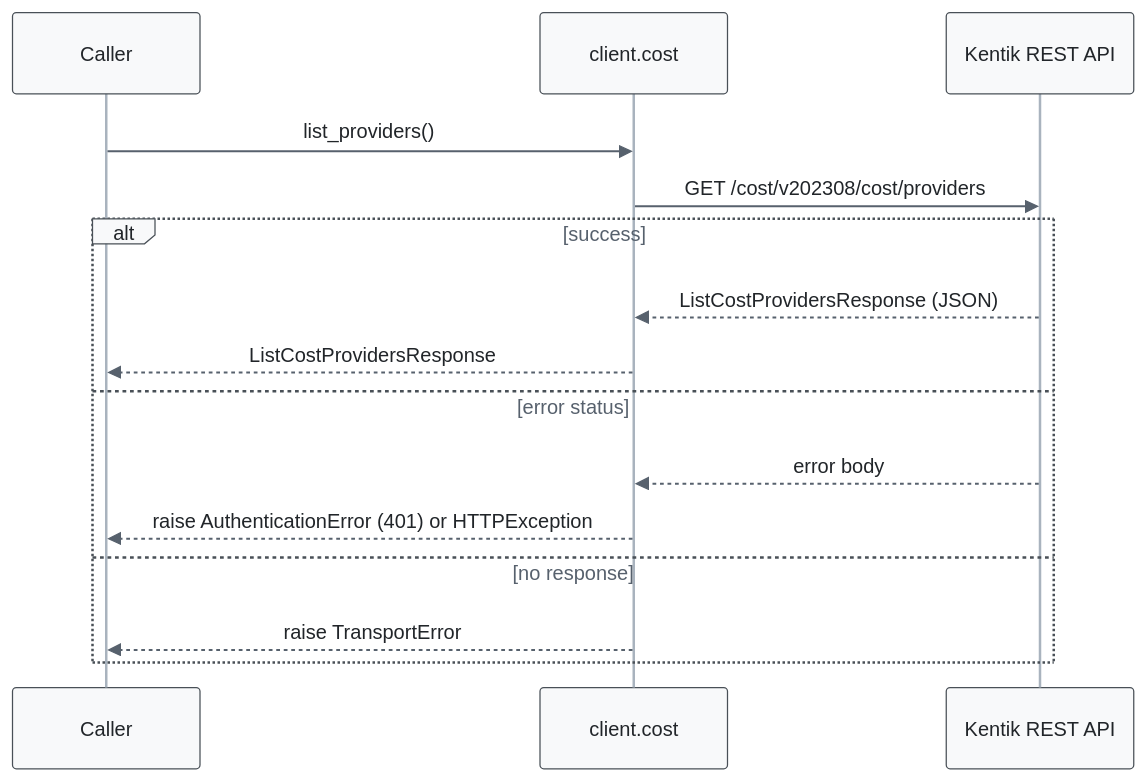
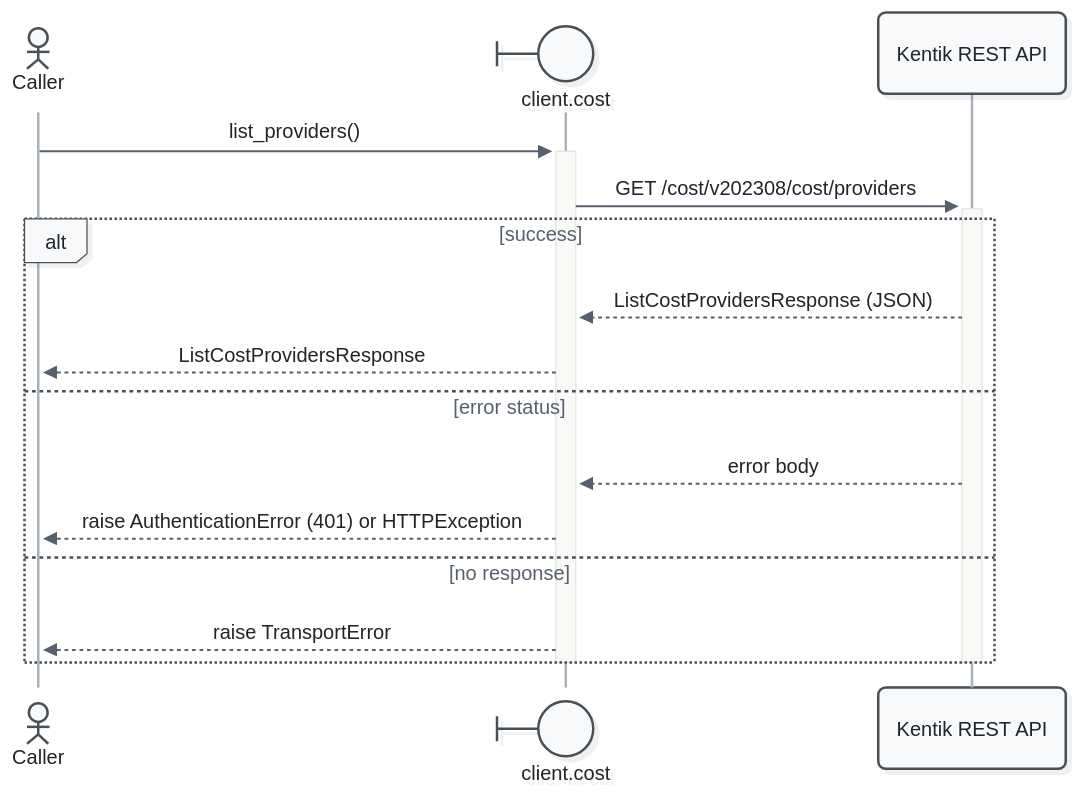
Before and after one commit to alexdearaujo/community_sdk_python: the first of 7 diagrams in docs/sphinx/services/cost.md, drawn with Mermaid. The commit also changed other lines of this file and 52 other files, not shown here.

First line of the commit message:
docs: Mermaid 12 sequence diagrams with participant types and path colors

````diff
--- a/docs/sphinx/services/cost.md
+++ b/docs/sphinx/services/cost.md
@@ -33,19 +33,21 @@
 ```mermaid
-%%{init: {"theme": "base", "fontFamily": "ui-monospace, SFMono-Regular, Menlo, monospace", "themeVariables": {"fontFamily": "ui-monospace, SFMono-Regular, Menlo, monospace", "primaryColor": "#f8f9fa", "primaryBorderColor": "#495057", "primaryTextColor": "#212529", "textColor": "#212529", "lineColor": "#77818c", "edgeLabelBackground": "#ffffff", "actorBkg": "#f8f9fa", "actorBorder": "#495057", "actorTextColor": "#212529", "actorLineColor": "#a9b3be", "signalColor": "#57616d", "signalTextColor": "#212529", "labelBoxBkgColor": "#f8f9fa", "labelBoxBorderColor": "#495057", "labelTextColor": "#212529", "loopTextColor": "#57616d", "noteBkgColor": "#fff9db", "noteBorderColor": "#f08c00", "noteTextColor": "#a35a00"}, "flowchart": {"curve": "step", "nodeSpacing": 30, "rankSpacing": 70, "wrappingWidth": 400}}}%%
+%%{init: {"theme": "redux", "look": "neo", "layout": "dagre", "fontFamily": "ui-monospace, SFMono-Regular, Menlo, monospace", "themeVariables": {"fontFamily": "ui-monospace, SFMono-Regular, Menlo, monospace", "primaryColor": "#f8f9fa", "primaryBorderColor": "#495057", "primaryTextColor": "#212529", "textColor": "#212529", "lineColor": "#77818c", "edgeLabelBackground": "#ffffff", "actorBkg": "#f8f9fa", "actorBorder": "#495057", "actorTextColor": "#212529", "actorLineColor": "#a9b3be", "signalColor": "#57616d", "signalTextColor": "#212529", "labelBoxBkgColor": "#f8f9fa", "labelBoxBorderColor": "#495057", "labelTextColor": "#212529", "loopTextColor": "#57616d", "noteBkgColor": "#fff9db", "noteBorderColor": "#f08c00", "noteTextColor": "#a35a00"}, "sequence": {"activationWidth": 16}, "flowchart": {"curve": "step", "nodeSpacing": 30, "rankSpacing": 70, "wrappingWidth": 400}}}%%
 sequenceDiagram
-    participant C as Caller
-    participant W as client.cost
+    actor C as Caller
+    participant W@{ "type": "boundary" } as client.cost
     participant API as Kentik REST API
 
-    C->>W: list_providers()
-    W->>API: GET /cost/v202308/cost/providers
+    C->>+W: list_providers()
+    W->>+API: GET /cost/v202308/cost/providers
     alt success
         API-->>W: ListCostProvidersResponse (JSON)
         W-->>C: ListCostProvidersResponse
     else error status
         API-->>W: error body
         W-->>C: raise AuthenticationError (401) or HTTPException
     else no response
         W-->>C: raise TransportError
     end
+    deactivate API
+    deactivate W
 ```
````
